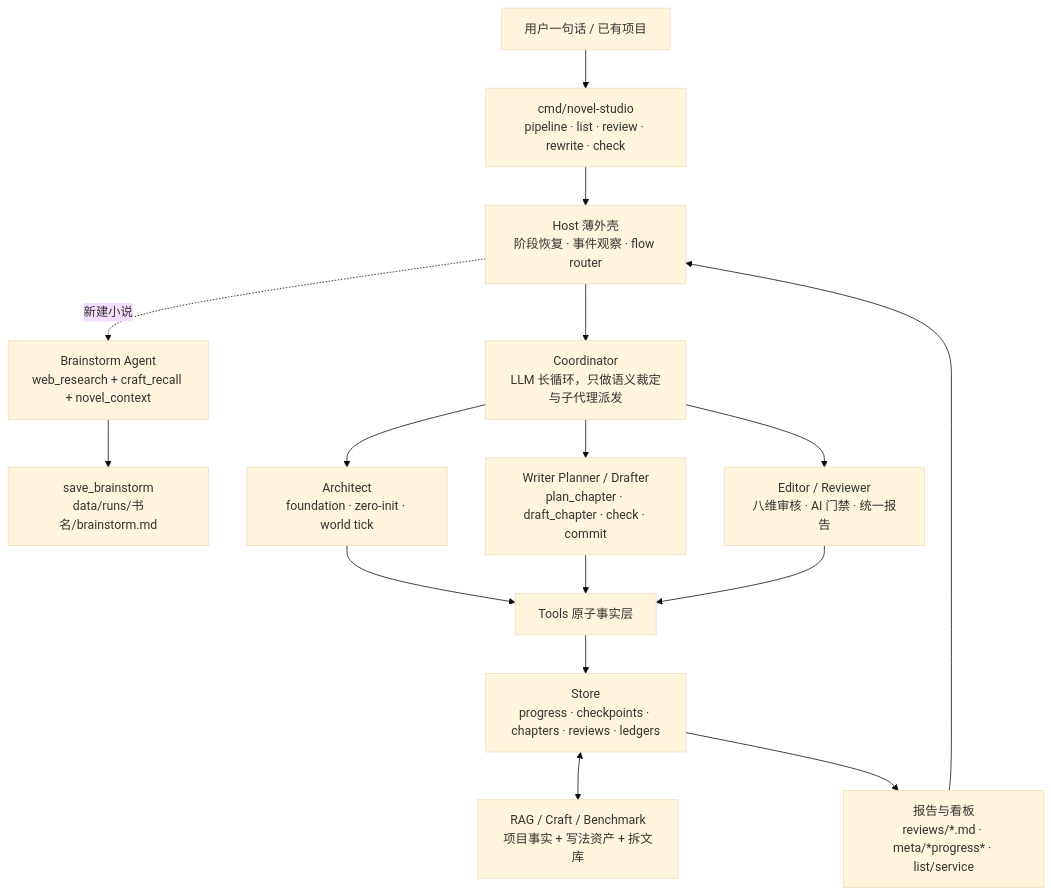
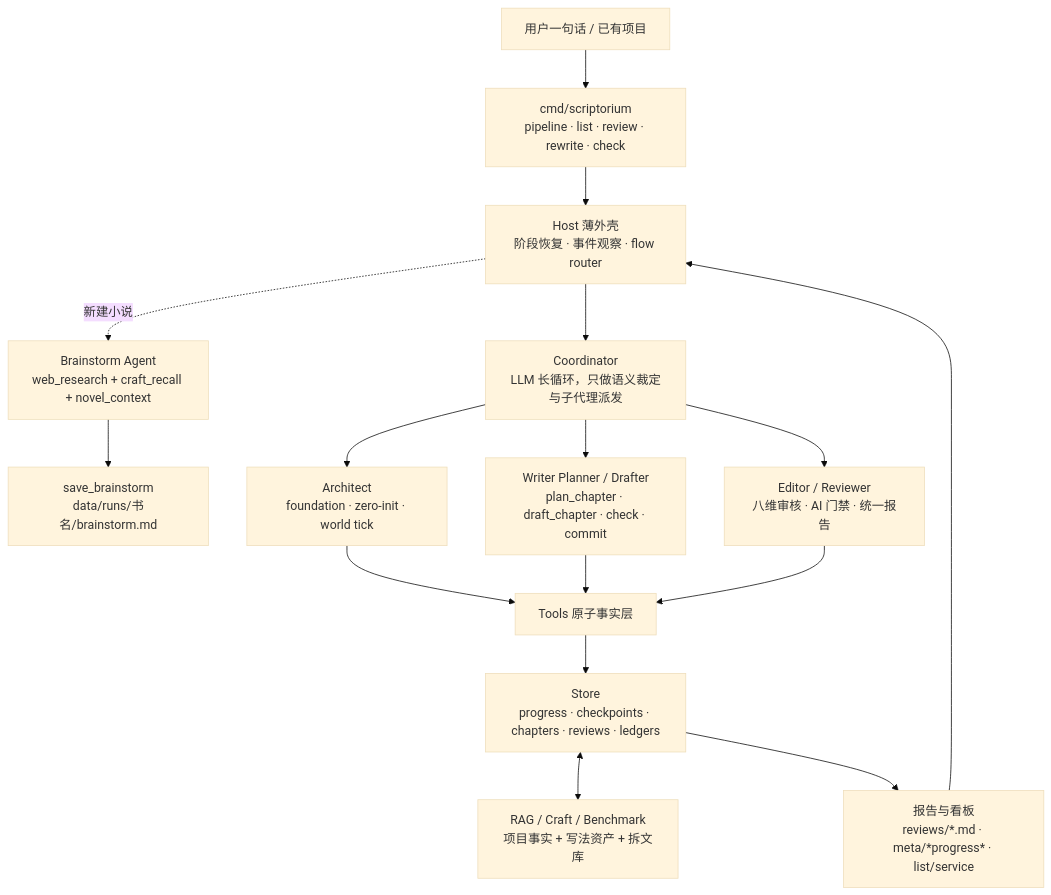
Before and after one commit to prantosmss/Scriptorium: the fourth of 7 diagrams in docs/engineering-delivery-20260708.md, drawn with Mermaid (base theme). The commit also changed other lines of this file and 1248 other files, not shown here.

````diff
--- a/docs/engineering-delivery-20260708.md
+++ b/docs/engineering-delivery-20260708.md
@@ -54,18 +54,18 @@
 ```mermaid
 flowchart TD
-    U["用户一句话 / 已有项目"] --> CLI["cmd/novel-studio<br/>pipeline · list · review · rewrite · check"]
+    U["用户一句话 / 已有项目"] --> CLI["cmd/scriptorium<br/>pipeline · list · review · rewrite · check"]
     CLI --> HOST["Host 薄外壳<br/>阶段恢复 · 事件观察 · flow router"]
     HOST --> CO["Coordinator<br/>LLM 长循环，只做语义裁定与子代理派发"]
     HOST -.->|新建小说| BS["Brainstorm Agent<br/>web_research + craft_recall + novel_context"]
     BS --> SB["save_brainstorm<br/>data/runs/书名/brainstorm.md"]
     CO --> AR["Architect<br/>foundation · zero-init · world tick"]
     CO --> WR["Writer Planner / Drafter<br/>plan_chapter · draft_chapter · check · commit"]
     CO --> ED["Editor / Reviewer<br/>八维审核 · AI 门禁 · 统一报告"]
     AR --> TOOLS["Tools 原子事实层"]
     WR --> TOOLS
     ED --> TOOLS
     TOOLS --> STORE["Store<br/>progress · checkpoints · chapters · reviews · ledgers"]
     STORE <--> RAG["RAG / Craft / Benchmark<br/>项目事实 + 写法资产 + 拆文库"]
     STORE --> REPORT["报告与看板<br/>reviews/*.md · meta/*progress* · list/service"]
     REPORT --> HOST
 ```
````
